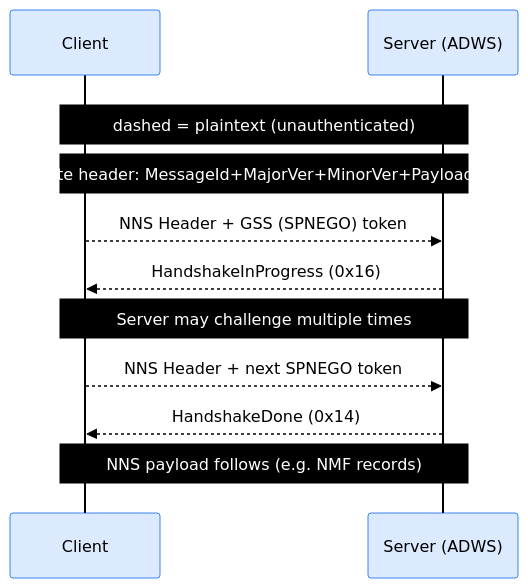
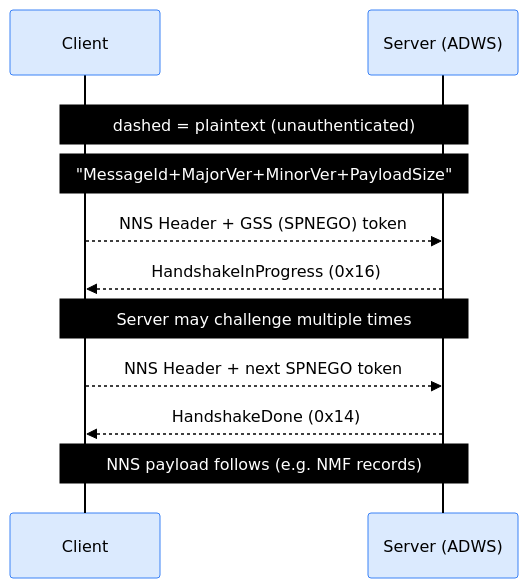
One commit to Macmod/ginpacket-wiki changed the fourth of 4 diagrams in articles/adws-the-soap-bridge.md. Above: the diagram before and after it, drawn with Mermaid. The commit also changed other lines of this file, not shown here.

````diff
--- a/articles/adws-the-soap-bridge.md
+++ b/articles/adws-the-soap-bridge.md
@@ -545,31 +550,31 @@
 ```mermaid
 %%{init: {'theme': 'base', 'themeVariables': {
   'actorBkg': '#dbeafe',
   'actorBorder': '#3b82f6',
   'actorTextColor': '#000000',
   'actorLineColor': '#000000',
   'signalColor': '#000000',
   'signalTextColor': '#000000',
   'labelBoxBkgColor': '#dbeafe',
   'labelBoxBorderColor': '#3b82f6',
   'labelTextColor': '#000000',
   'loopTextColor': '#000000',
   'noteBkgColor': '#000000',
   'noteBorderColor': '#000000',
   'noteTextColor': '#ffffff'
 }}}%%
 sequenceDiagram
     participant C as Client
     participant S as Server (ADWS)
 
     rect rgb(255, 255, 255)
     Note over C,S: dashed = plaintext (unauthenticated)
-    Note over C,S: 5-byte header: MessageId+MajorVer+MinorVer+PayloadSize
+    Note over C,S: "MessageId+MajorVer+MinorVer+PayloadSize"
     C-->>S: NNS Header + GSS (SPNEGO) token
     S-->>C: HandshakeInProgress (0x16)
     Note over C,S: Server may challenge multiple times
     C-->>S: NNS Header + next SPNEGO token
     S-->>C: HandshakeDone (0x14)
     Note over C,S: NNS payload follows (e.g. NMF records)
     end
 ```
````
